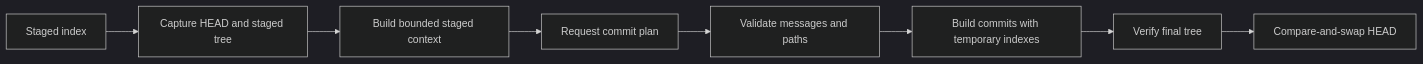
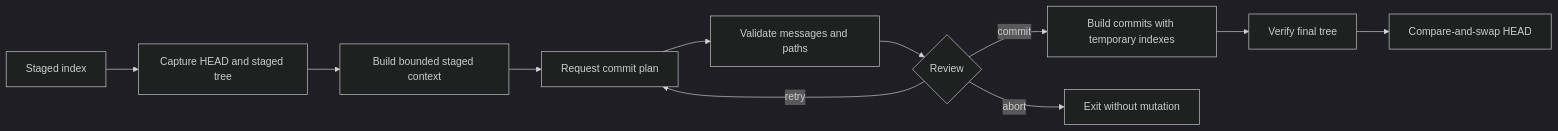
One commit to ryjen/git-autocommit changed the diagram in README.md. Above: the diagram before and after it, drawn with Mermaid (dark theme). The commit also changed other lines of this file and 6 other files, not shown here.

````diff
--- a/README.md
+++ b/README.md
@@ -20,10 +21,13 @@
 ```mermaid
 flowchart LR
     A[Staged index] --> B[Capture HEAD and staged tree]
     B --> C[Build bounded staged context]
     C --> D[Request commit plan]
     D --> E[Validate messages and paths]
-    E --> F[Build commits with temporary indexes]
-    F --> G[Verify final tree]
-    G --> H[Compare-and-swap HEAD]
+    E --> F{Review}
+    F -->|commit| G[Build commits with temporary indexes]
+    F -->|retry| D
+    F -->|abort| X[Exit without mutation]
+    G --> H[Verify final tree]
+    H --> I[Compare-and-swap HEAD]
 ```
````
